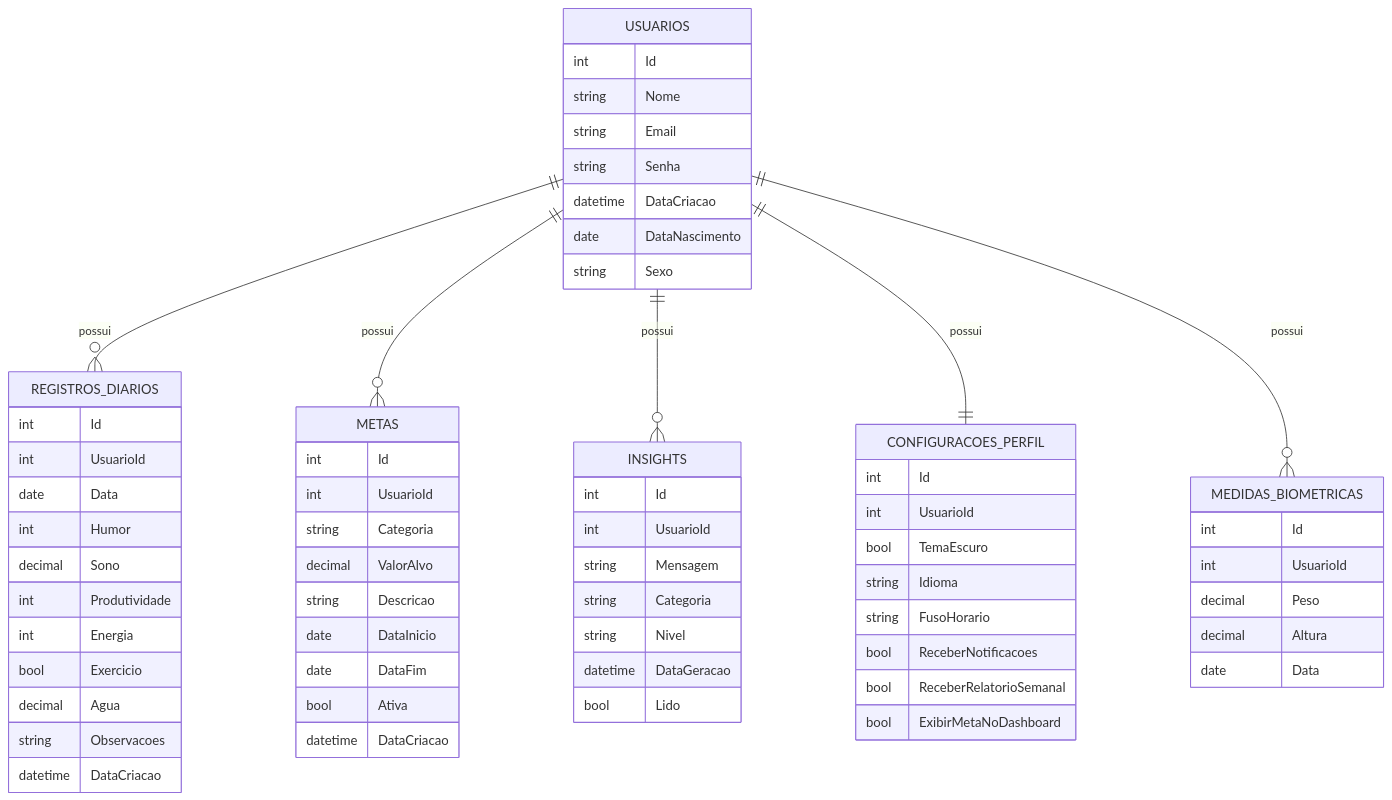
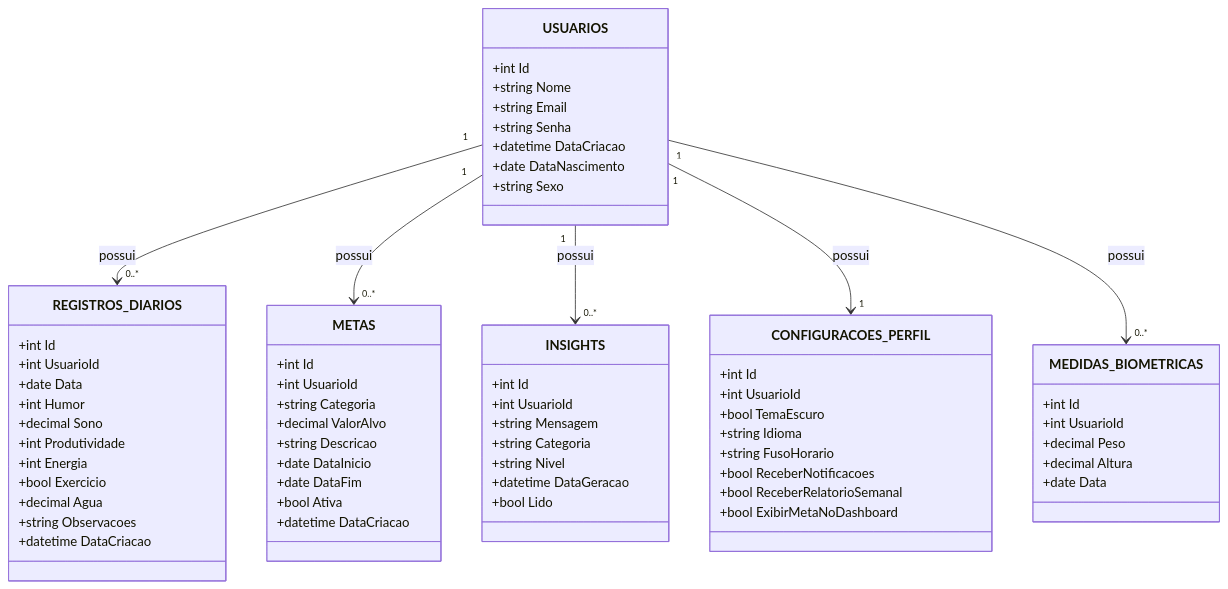
The diagram in documentation.md (cidade-felipe/DesenvWebApi), drawn with Mermaid before and after one commit. The commit also changed other lines of this file and 1 other file, not shown here.

Commit message:
docs: atualiza documentacao e diagrama do modelo de dados

````diff
--- a/documentation.md
+++ b/documentation.md
@@ -154,73 +159,73 @@
 ```mermaid
-erDiagram
-    USUARIOS ||--o{ REGISTROS_DIARIOS : possui
-    USUARIOS ||--o{ METAS : possui
-    USUARIOS ||--o{ INSIGHTS : possui
-    USUARIOS ||--|| CONFIGURACOES_PERFIL : possui
-    USUARIOS ||--o{ MEDIDAS_BIOMETRICAS : possui
-
-    USUARIOS {
-        int Id
-        string Nome
-        string Email
-        string Senha
-        datetime DataCriacao
-        date DataNascimento
-        string Sexo
+classDiagram
+    class USUARIOS {
+        +int Id
+        +string Nome
+        +string Email
+        +string Senha
+        +datetime DataCriacao
+        +date DataNascimento
+        +string Sexo
     }
 
-    REGISTROS_DIARIOS {
-        int Id
-        int UsuarioId
-        date Data
-        int Humor
-        decimal Sono
-        int Produtividade
-        int Energia
-        bool Exercicio
-        decimal Agua
-        string Observacoes
-        datetime DataCriacao
+    class REGISTROS_DIARIOS {
+        +int Id
+        +int UsuarioId
+        +date Data
+        +int Humor
+        +decimal Sono
+        +int Produtividade
+        +int Energia
+        +bool Exercicio
+        +decimal Agua
+        +string Observacoes
+        +datetime DataCriacao
     }
 
-    METAS {
-        int Id
-        int UsuarioId
-        string Categoria
-        decimal ValorAlvo
-        string Descricao
-        date DataInicio
-        date DataFim
-        bool Ativa
-        datetime DataCriacao
+    class METAS {
+        +int Id
+        +int UsuarioId
+        +string Categoria
+        +decimal ValorAlvo
+        +string Descricao
+        +date DataInicio
+        +date DataFim
+        +bool Ativa
+        +datetime DataCriacao
     }
 
-    INSIGHTS {
-        int Id
-        int UsuarioId
-        string Mensagem
-        string Categoria
-        string Nivel
-        datetime DataGeracao
-        bool Lido
+    class INSIGHTS {
+        +int Id
+        +int UsuarioId
+        +string Mensagem
+        +string Categoria
+        +string Nivel
+        +datetime DataGeracao
+        +bool Lido
     }
 
-    CONFIGURACOES_PERFIL {
-        int Id
-        int UsuarioId
-        bool TemaEscuro
-        string Idioma
-        string FusoHorario
-        bool ReceberNotificacoes
-        bool ReceberRelatorioSemanal
-        bool ExibirMetaNoDashboard
+    class CONFIGURACOES_PERFIL {
+        +int Id
+        +int UsuarioId
+        +bool TemaEscuro
+        +string Idioma
+        +string FusoHorario
+        +bool ReceberNotificacoes
+        +bool ReceberRelatorioSemanal
+        +bool ExibirMetaNoDashboard
     }
 
-    MEDIDAS_BIOMETRICAS {
-        int Id
-        int UsuarioId
-        decimal Peso
-        decimal Altura
-        date Data
+    class MEDIDAS_BIOMETRICAS {
+        +int Id
+        +int UsuarioId
+        +decimal Peso
+        +decimal Altura
+        +date Data
     }
+
+    USUARIOS "1" --> "0..*" REGISTROS_DIARIOS : possui
+    USUARIOS "1" --> "0..*" METAS : possui
+    USUARIOS "1" --> "0..*" INSIGHTS : possui
+    USUARIOS "1" --> "1" CONFIGURACOES_PERFIL : possui
+    USUARIOS "1" --> "0..*" MEDIDAS_BIOMETRICAS : possui
 ```
````
